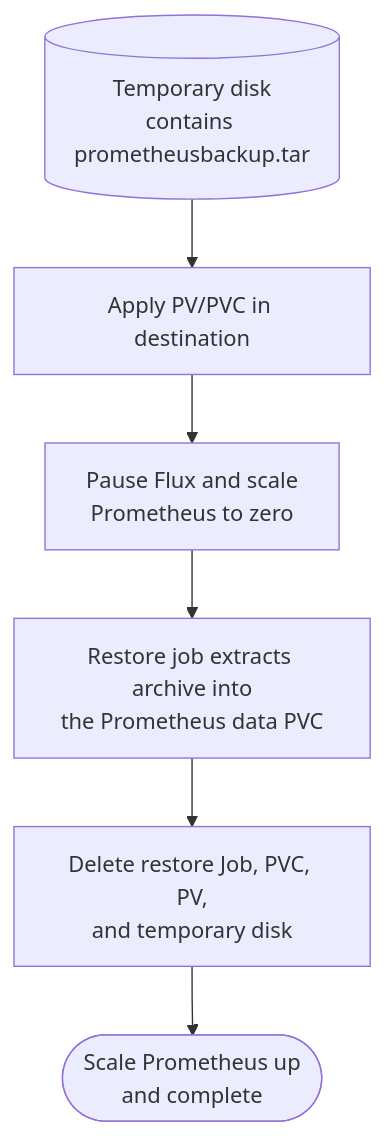
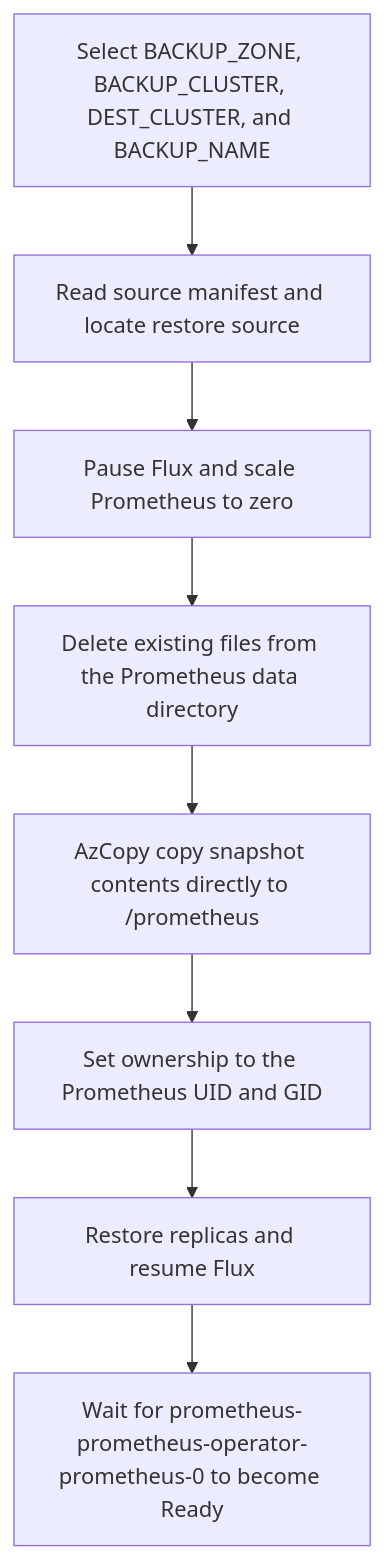
One commit to equinor/radix-platform changed the second of 2 diagrams in scripts/prometheus-operator/README.md. Above: the diagram before and after it, drawn with Mermaid. The commit also changed other lines of this file and 11 other files, not shown here.

Commit message:
Prometheus backup

````diff
--- a/scripts/prometheus-operator/README.md
+++ b/scripts/prometheus-operator/README.md
@@ -52,8 +115,12 @@
 ```mermaid
 flowchart TD
-    handoff[(Temporary disk<br/>contains prometheusbackup.tar)] --> setup[Apply PV/PVC in destination]
-    setup --> pause[Pause Flux and scale<br/>Prometheus to zero]
-    pause --> restore[Restore job extracts archive into<br/>the Prometheus data PVC]
-    restore --> cleanup[Delete restore Job, PVC, PV,<br/>and temporary disk]
-    cleanup --> complete([Scale Prometheus up<br/>and complete])
+        select[Select BACKUP_ZONE, BACKUP_CLUSTER, DEST_CLUSTER, and BACKUP_NAME]
+        verify[Read source manifest and locate restore source]
+        stop[Pause Flux and scale Prometheus to zero]
+        wipe[Delete existing files from the Prometheus data directory]
+        download[AzCopy copy snapshot contents directly to /prometheus]
+        owner[Set ownership to the Prometheus UID and GID]
+        start[Restore replicas and resume Flux]
+        ready[Wait for prometheus-prometheus-operator-prometheus-0 to become Ready]
+        select --> verify --> stop --> wipe --> download --> owner --> start --> ready
 ```
````
